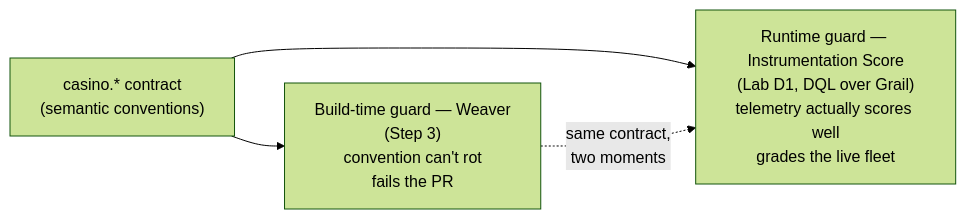
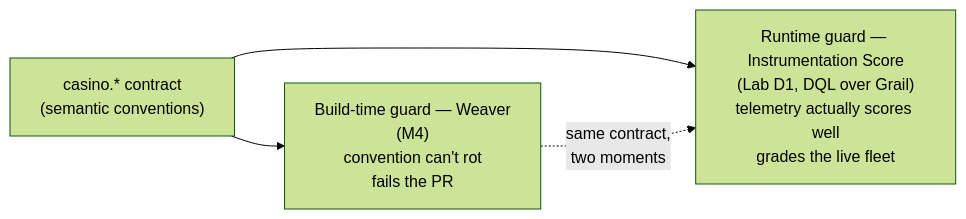
One commit to agardnerIT/Otel-Training changed the first of 2 diagrams in docs-site/advanced/instrumentation-score-concept.md. Above: the diagram before and after it, drawn with Mermaid (forest theme). The commit also changed other lines of this file and 30 other files, not shown here.

````diff
--- a/docs-site/advanced/instrumentation-score-concept.md
+++ b/docs-site/advanced/instrumentation-score-concept.md
@@ -34,7 +34,7 @@
 ```mermaid
 flowchart LR
   contract["casino.* contract<br/>(semantic conventions)"]
-  contract --> weaver["Build-time guard — Weaver<br/>(Step 3)<br/>convention can't rot<br/>fails the PR"]
+  contract --> weaver["Build-time guard — Weaver<br/>(M4)<br/>convention can't rot<br/>fails the PR"]
   contract --> score["Runtime guard — Instrumentation Score<br/>(Lab D1, DQL over Grail)<br/>telemetry actually scores well<br/>grades the live fleet"]
   weaver -.->|same contract,<br/>two moments| score
 ```
````
